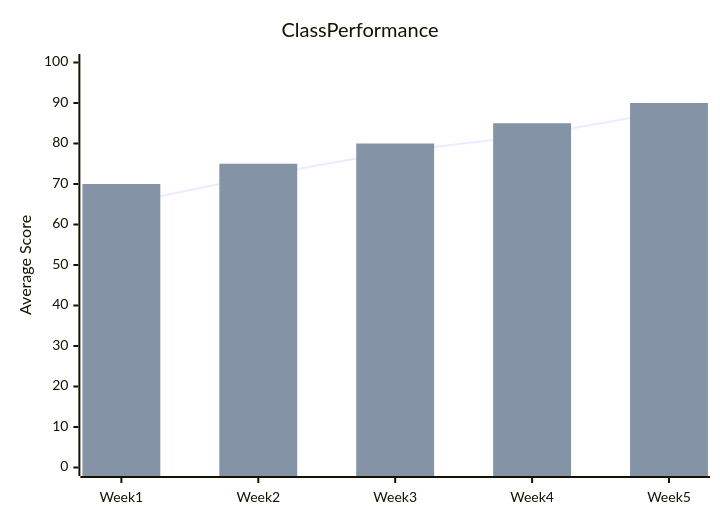
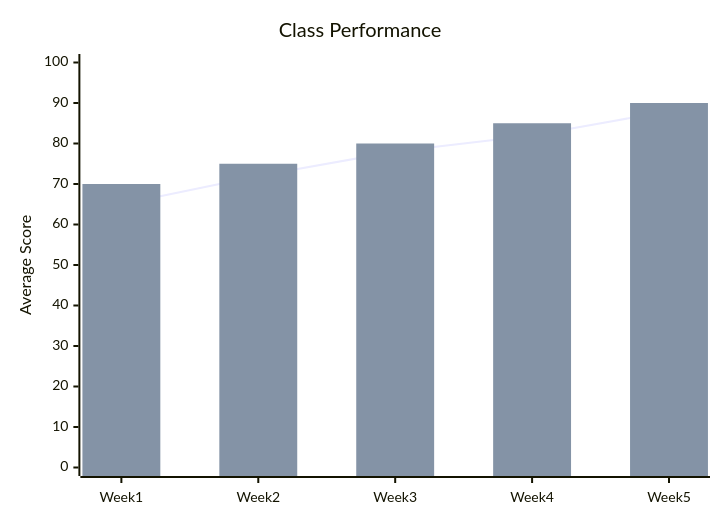
One commit to BitYoungjae/marketplace changed diagram 15 of 23 in plugins/obsidian-blocks/skills/mermaid-diagramming/xychart.md. Above: the diagram before and after it, drawn with Mermaid. The commit also changed other lines of this file and 14 other files, not shown here.

First line of the commit message:
feat(obsidian-blocks): add Session 3 Mermaid diagrams

````diff
--- a/plugins/obsidian-blocks/skills/mermaid-diagramming/xychart.md
+++ b/plugins/obsidian-blocks/skills/mermaid-diagramming/xychart.md
@@ -197,8 +201,8 @@
 ```mermaid
 xychart-beta
-    title Class Performance
+    title "Class Performance"
     x-axis [Week 1, Week 2, Week 3, Week 4, Week 5]
     y-axis "Average Score" 0 --> 100
-    line [65, 72, 78, 82, 88]
-    bar [70, 75, 80, 85, 90]
+    line "Homework" [65, 72, 78, 82, 88]
+    bar "Tests" [70, 75, 80, 85, 90]
 ```
````
